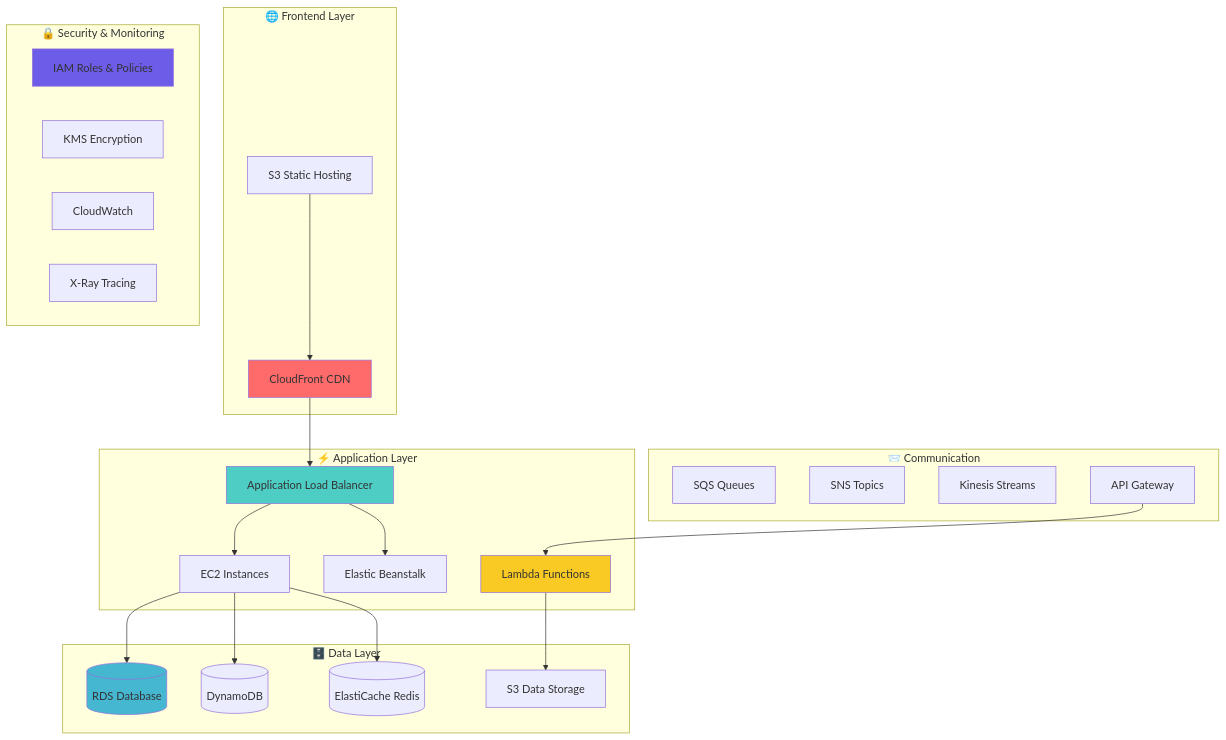
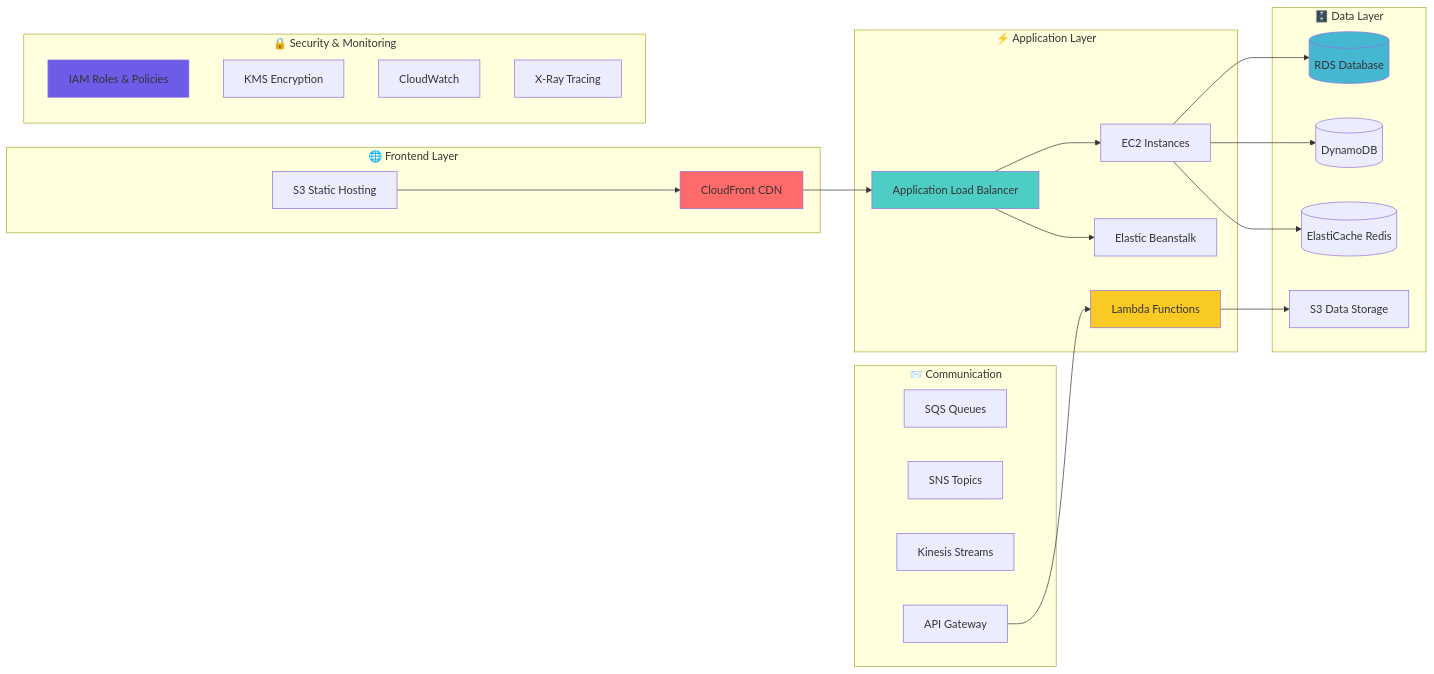
One commit to firdavs244/firdavs244 changed the second of 4 diagrams in README.md. Above: the diagram before and after it, drawn with Mermaid.

````diff
--- a/README.md
+++ b/README.md
@@ -193,51 +193,51 @@
 ```mermaid
-graph TB
+graph LR
     subgraph "🌐 Frontend Layer"
         CF[CloudFront CDN]
         S3[S3 Static Hosting]
     end
     
     subgraph "⚡ Application Layer"
         ALB[Application Load Balancer]
         EC2[EC2 Instances]
         EBS[Elastic Beanstalk]
         LAMBDA[Lambda Functions]
     end
     
     subgraph "🗄️ Data Layer" 
         RDS[(RDS Database)]
         DYNAMO[(DynamoDB)]
         REDIS[(ElastiCache Redis)]
         S3DATA[S3 Data Storage]
     end
     
     subgraph "🔒 Security & Monitoring"
         IAM[IAM Roles & Policies]
         KMS[KMS Encryption]
         CW[CloudWatch]
         XRAY[X-Ray Tracing]
     end
     
     subgraph "📨 Communication"
         SQS[SQS Queues]
         SNS[SNS Topics] 
         KINESIS[Kinesis Streams]
         APIGW[API Gateway]
     end
     
     CF --> ALB
     S3 --> CF
     ALB --> EC2
     ALB --> EBS
     APIGW --> LAMBDA
     EC2 --> RDS
     EC2 --> DYNAMO
     EC2 --> REDIS
     LAMBDA --> S3DATA
     
     style CF fill:#ff6b6b
     style ALB fill:#4ecdc4  
     style RDS fill:#45b7d1
     style LAMBDA fill:#f9ca24
     style IAM fill:#6c5ce7
 ```
````
